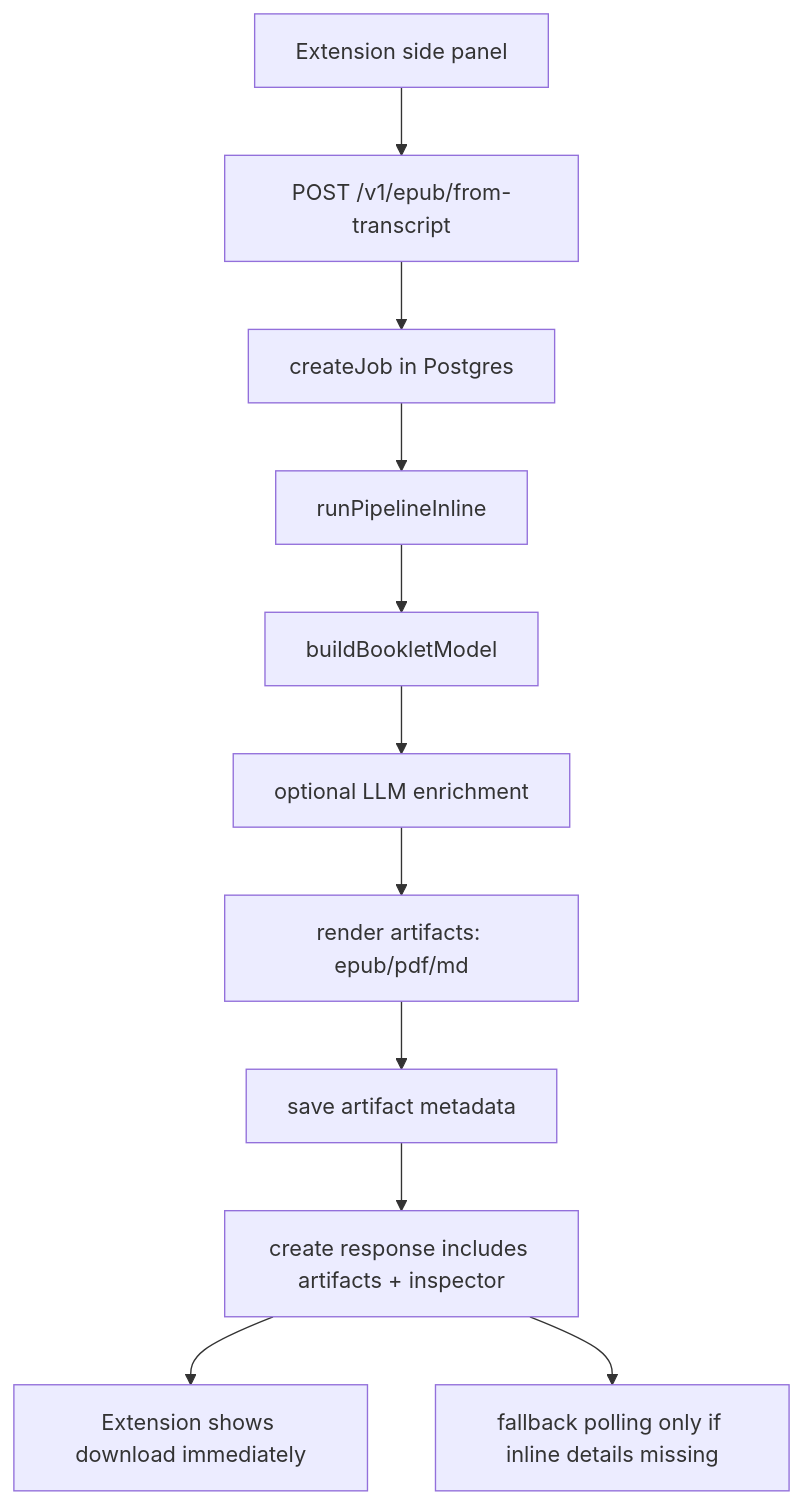
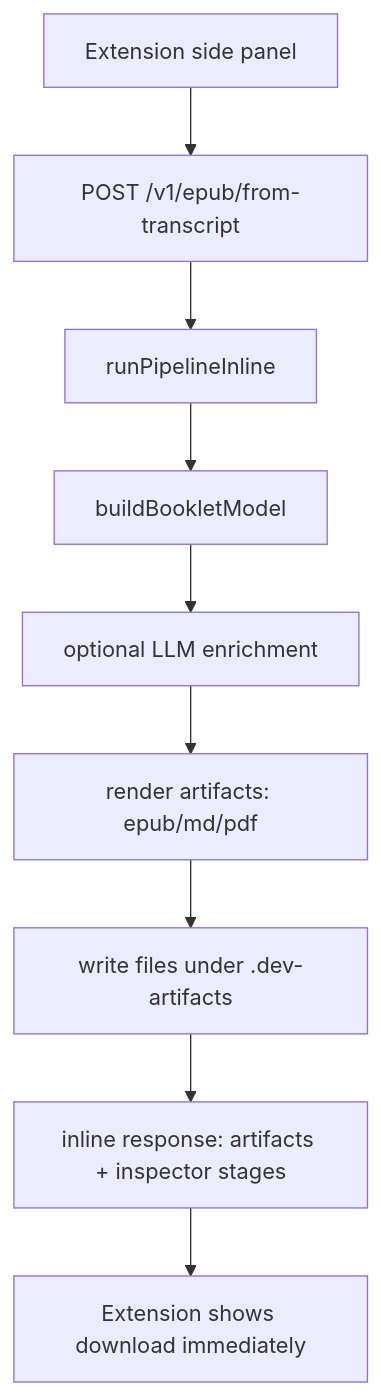
One commit to CeciliaHahan/podcast_to_ebook changed the first of 3 diagrams in README.md. Above: the diagram before and after it, drawn with Mermaid. The commit also changed other lines of this file and 7 other files, not shown here.

First line of the commit message:
feat(backend): make primary transcript->epub flow postgres-free (#6)

````diff
--- a/README.md
+++ b/README.md
@@ -92,13 +96,11 @@
 ```mermaid
 flowchart TD
   A[Extension side panel] --> B[POST /v1/epub/from-transcript]
-  B --> C[createJob in Postgres]
-  C --> D[runPipelineInline]
-  D --> E[buildBookletModel]
-  E --> F[optional LLM enrichment]
-  F --> G[render artifacts: epub/pdf/md]
-  G --> H[save artifact metadata]
-  H --> I[create response includes artifacts + inspector]
-  I --> J[Extension shows download immediately]
-  I --> K[fallback polling only if inline details missing]
+  B --> C[runPipelineInline]
+  C --> D[buildBookletModel]
+  D --> E[optional LLM enrichment]
+  E --> F[render artifacts: epub/md/pdf]
+  F --> G[write files under .dev-artifacts]
+  G --> H[inline response: artifacts + inspector stages]
+  H --> I[Extension shows download immediately]
 ```
````
